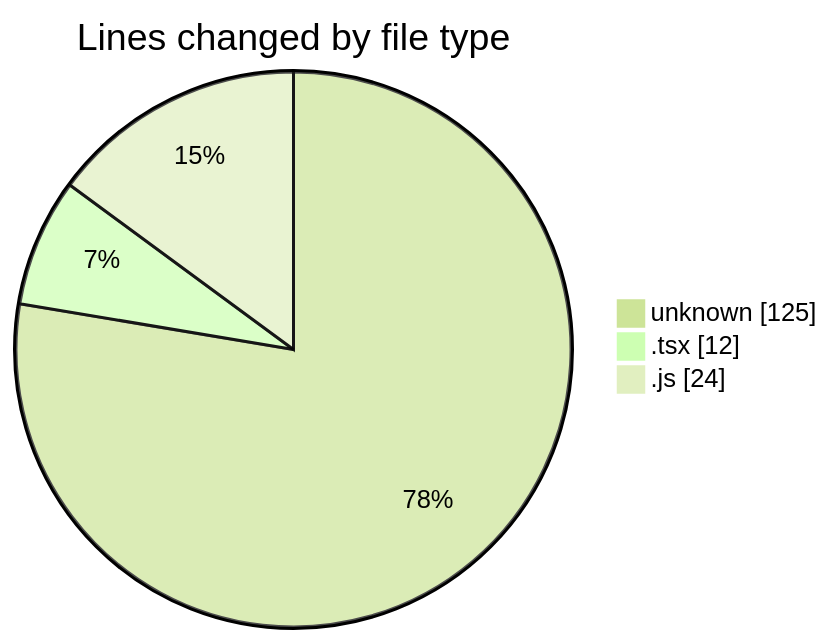
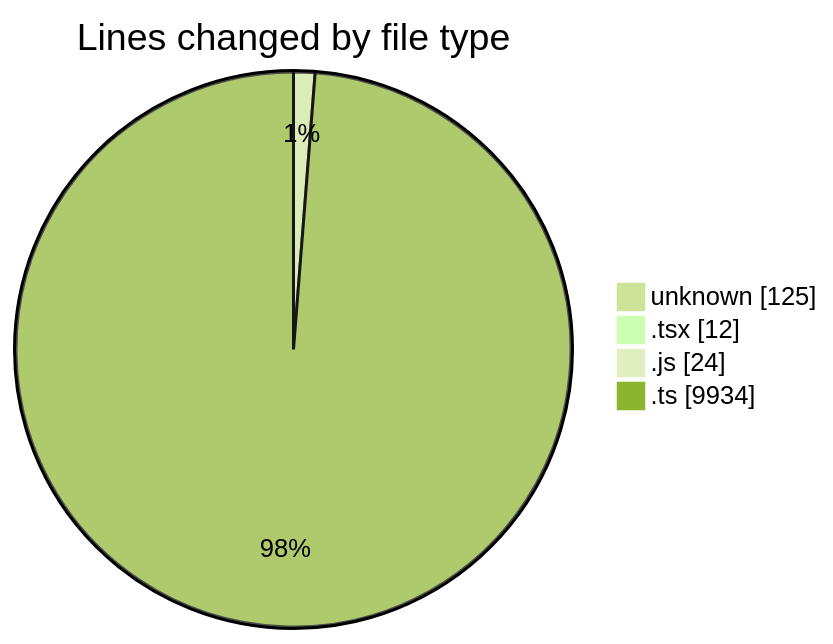
The first of 2 diagrams in 2026-09-15/cda/README.md (momahboobian/code-tracking), drawn with Mermaid (forest theme) before and after one commit. The commit also changed other lines of this file and 1 other file, not shown here.

````diff
--- a/2026-09-15/cda/README.md
+++ b/2026-09-15/cda/README.md
@@ -23,7 +24,8 @@
 ```mermaid
 pie showData
 title Lines changed by file type
 "unknown" : 125
 ".tsx" : 12
 ".js" : 24
+".ts" : 9934
 ```
````
